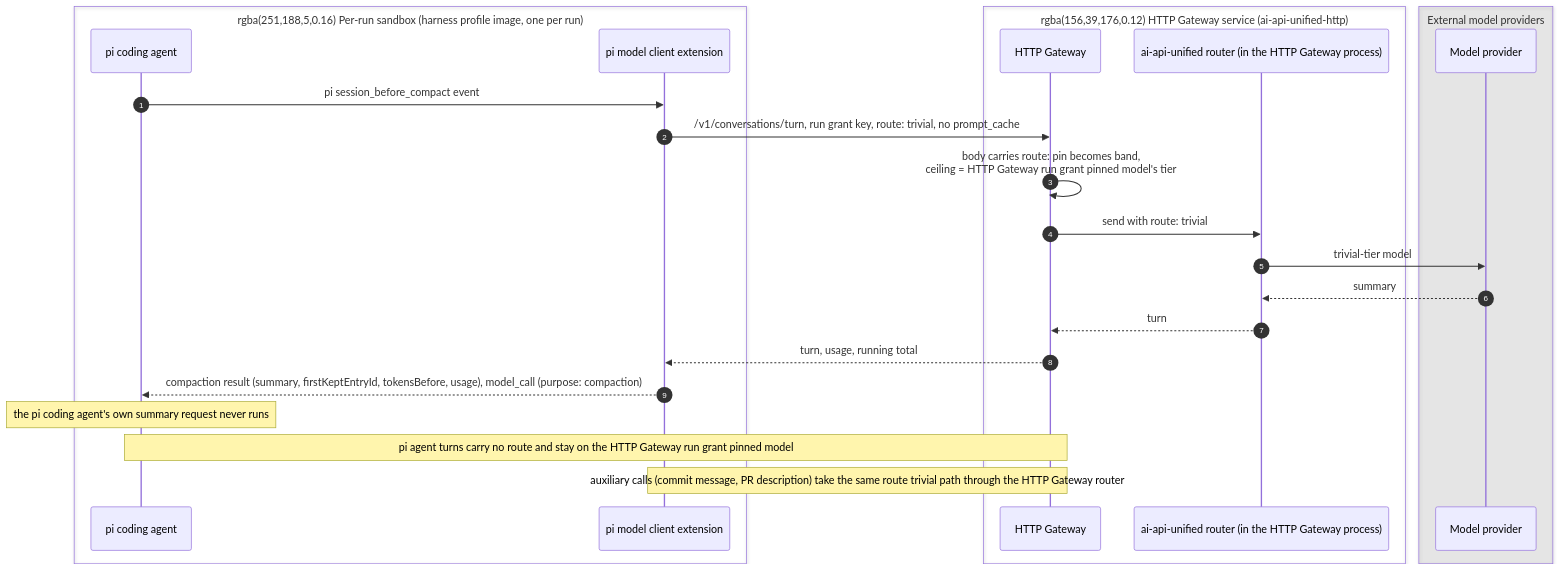
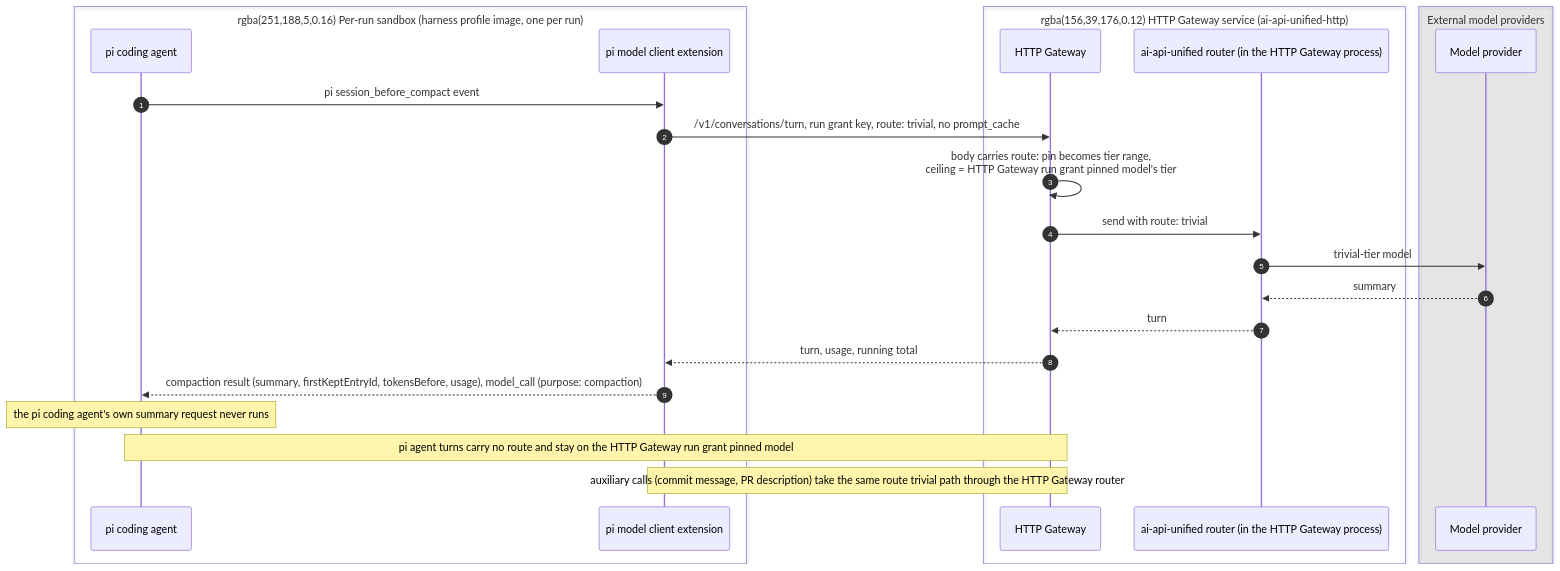
One commit to davecthomas/meta-harness changed the seventh of 13 diagrams in docs/technical-design.md. Above: the diagram before and after it, drawn with Mermaid. The commit also changed other lines of this file, not shown here.

First line of the commit message:
docs: one term, tier range, for a run grant's tier-range model policy

````diff
--- a/docs/technical-design.md
+++ b/docs/technical-design.md
@@ -988,28 +989,28 @@
 ```mermaid
 sequenceDiagram
     autonumber
     box rgba(251,188,5,0.16) Per-run sandbox (harness profile image, one per run)
     participant SB as pi coding agent
     participant X as pi model client extension
     end
     box rgba(156,39,176,0.12) HTTP Gateway service (ai-api-unified-http)
     participant GW as HTTP Gateway
     participant R as ai-api-unified router (in the HTTP Gateway process)
     end
     box rgba(128,128,128,0.14) External model providers
     participant P as Model provider
     end
 
     SB->>X: pi session_before_compact event
     X->>GW: /v1/conversations/turn, run grant key, route: trivial, no prompt_cache
-    GW->>GW: body carries route: pin becomes band,<br/>ceiling = HTTP Gateway run grant pinned model's tier
+    GW->>GW: body carries route: pin becomes tier range,<br/>ceiling = HTTP Gateway run grant pinned model's tier
     GW->>R: send with route: trivial
     R->>P: trivial-tier model
     P-->>R: summary
     R-->>GW: turn
     GW-->>X: turn, usage, running total
     X-->>SB: compaction result (summary, firstKeptEntryId, tokensBefore, usage), model_call (purpose: compaction)
     Note over SB: the pi coding agent's own summary request never runs
     Note over SB,GW: pi agent turns carry no route and stay on the HTTP Gateway run grant pinned model
     Note over X,GW: auxiliary calls (commit message, PR description) take the same route trivial path through the HTTP Gateway router
 ```
````
